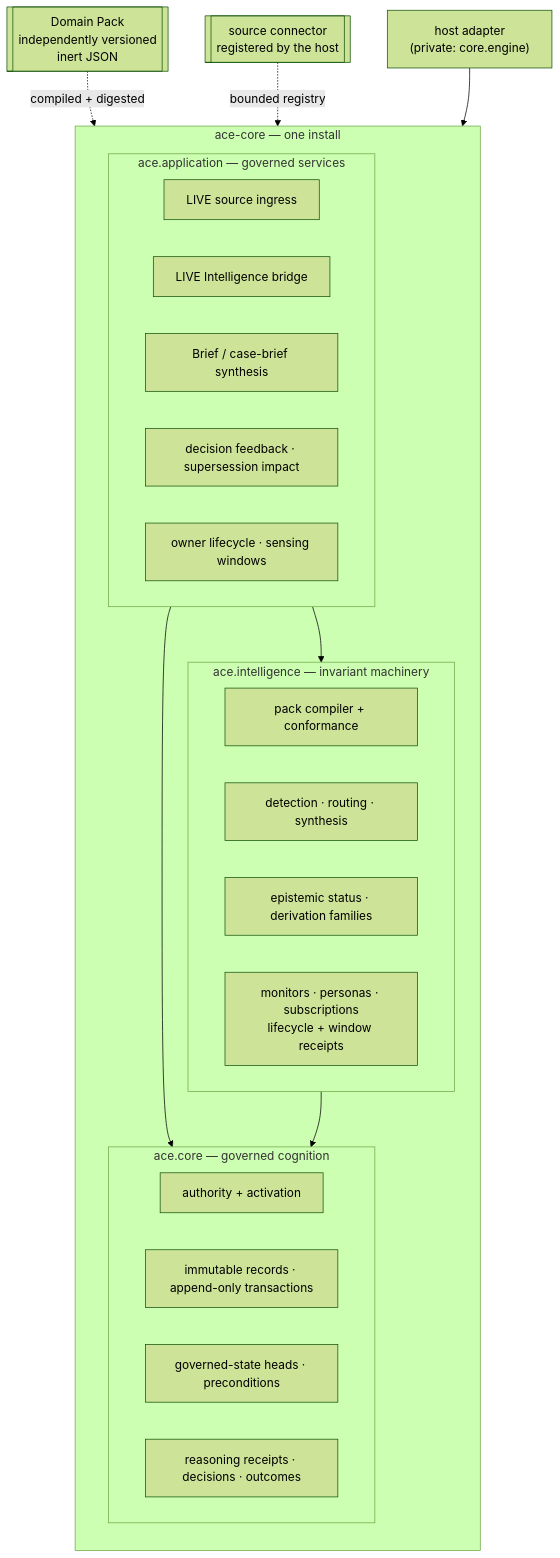
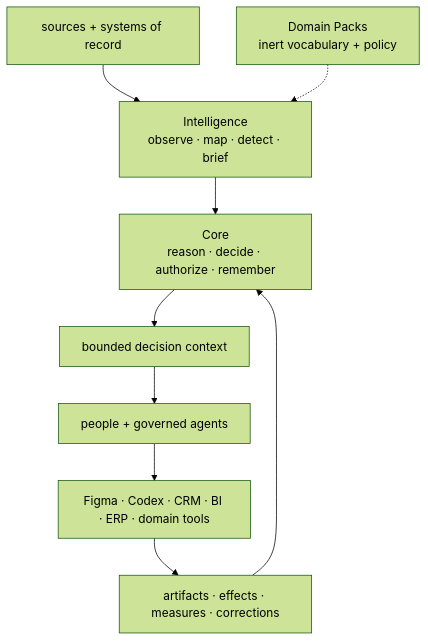
The second of 2 diagrams in README.md (augmented-cognition-engine/core), drawn with Mermaid (forest theme) before and after one commit. The commit also changed other lines of this file and 25 other files, not shown here.

Commit message:
docs(roadmap): align ACE vision with stable 1.0

````diff
--- a/README.md
+++ b/README.md
@@ -208,32 +109,11 @@
 ```mermaid
 flowchart TB
-    subgraph PKG["ace-core — one install"]
-        direction TB
-        subgraph APP["ace.application — governed services"]
-            A1["LIVE source ingress"]
-            A2["LIVE Intelligence bridge"]
-            A3["Brief / case-brief synthesis"]
-            A4["decision feedback · supersession impact"]
-            A5["owner lifecycle · sensing windows"]
-        end
-        subgraph INT["ace.intelligence — invariant machinery"]
-            I1["pack compiler + conformance"]
-            I2["detection · routing · synthesis"]
-            I3["epistemic status · derivation families"]
-            I4["monitors · personas · subscriptions<br/>lifecycle + window receipts"]
-        end
-        subgraph CORE["ace.core — governed cognition"]
-            C1["authority + activation"]
-            C2["immutable records · append-only transactions"]
-            C3["governed-state heads · preconditions"]
-            C4["reasoning receipts · decisions · outcomes"]
-        end
-    end
-
-    PACK[["Domain Pack<br/>independently versioned<br/>inert JSON"]] -.->|compiled + digested| INT
-    CONN[["source connector<br/>registered by the host"]] -.->|bounded registry| APP
-    APP --> INT
-    APP --> CORE
-    INT --> CORE
-    HOST["host adapter<br/>(private: core.engine)"] --> APP
+    SRC["sources + systems of record"] --> INT["Intelligence<br/>observe · map · detect · brief"]
+    INT --> CORE["Core<br/>reason · decide · authorize · remember"]
+    PACK["Domain Packs<br/>inert vocabulary + policy"] -.-> INT
+    CORE --> TOPIC["bounded decision context"]
+    TOPIC --> PART["people + governed agents"]
+    PART --> TOOLS["Figma · Codex · CRM · BI · ERP · domain tools"]
+    TOOLS --> OUT["artifacts · effects · measures · corrections"]
+    OUT --> CORE
 ```
````
